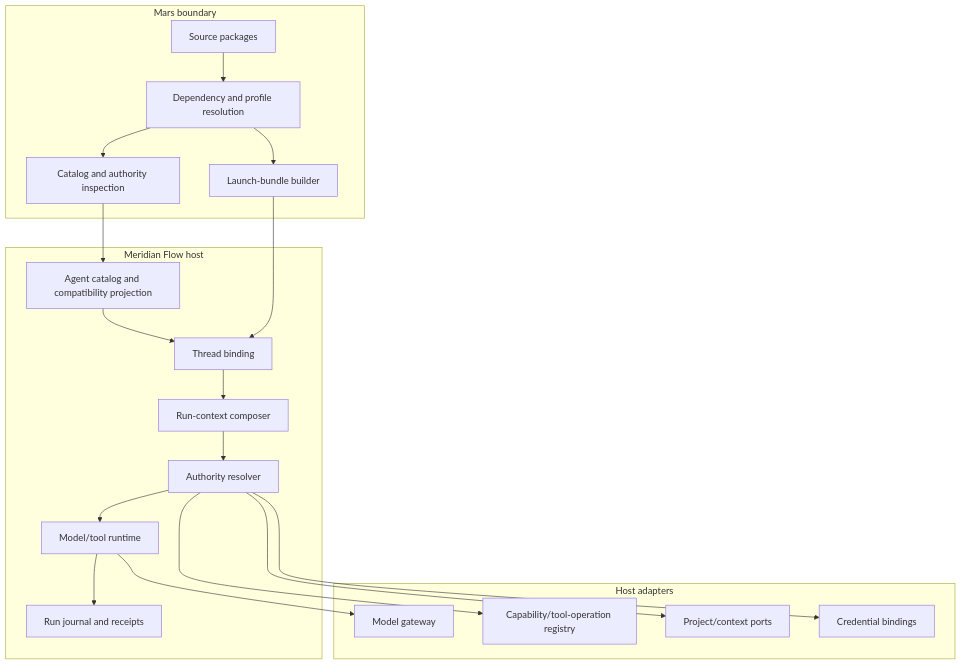
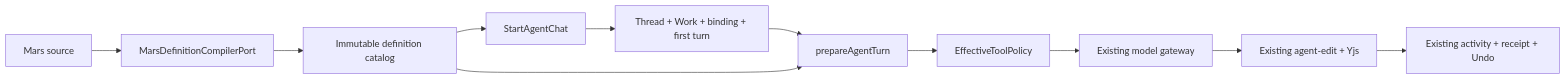
One commit to haowjy/meridian changed the first of 2 diagrams in docs/pr-evidence/agent-ux-target/agent-system-design.md. Above: the diagram before and after it, drawn with Mermaid. The commit also changed other lines of this file and 40 other files, not shown here.

````diff
--- a/docs/pr-evidence/agent-ux-target/agent-system-design.md
+++ b/docs/pr-evidence/agent-ux-target/agent-system-design.md
@@ -85,37 +17,13 @@
 ```mermaid
-flowchart TD
-    subgraph Mars["Mars boundary"]
-        Source["Source packages"]
-        Resolve["Dependency and profile resolution"]
-        Inspect["Catalog and authority inspection"]
-        Build["Launch-bundle builder"]
-        Source --> Resolve --> Inspect
-        Resolve --> Build
-    end
-
-    subgraph Flow["Meridian Flow host"]
-        Catalog["Agent catalog and compatibility projection"]
-        Binding["Thread binding"]
-        Composer["Run-context composer"]
-        Authority["Authority resolver"]
-        Executor["Model/tool runtime"]
-        Journal["Run journal and receipts"]
-        Catalog --> Binding --> Composer
-        Composer --> Authority --> Executor --> Journal
-    end
-
-    Inspect --> Catalog
-    Build --> Binding
-
-    subgraph Adapters["Host adapters"]
-        Models["Model gateway"]
-        Tools["Capability/tool-operation registry"]
-        Context["Project/context ports"]
-        Connections["Credential bindings"]
-    end
-
-    Executor --> Models
-    Authority --> Tools
-    Authority --> Context
-    Authority --> Connections
+flowchart LR
+    Source["Mars source"] --> Compiler["MarsDefinitionCompilerPort"]
+    Compiler --> Catalog["Immutable definition catalog"]
+    Catalog --> Start["StartAgentChat"]
+    Start --> Thread["Thread + Work + binding + first turn"]
+    Thread --> Prepare["prepareAgentTurn"]
+    Catalog --> Prepare
+    Prepare --> Policy["EffectiveToolPolicy"]
+    Policy --> Gateway["Existing model gateway"]
+    Gateway --> Edit["Existing agent-edit + Yjs"]
+    Edit --> ExistingUI["Existing activity + receipt + Undo"]
 ```
````
